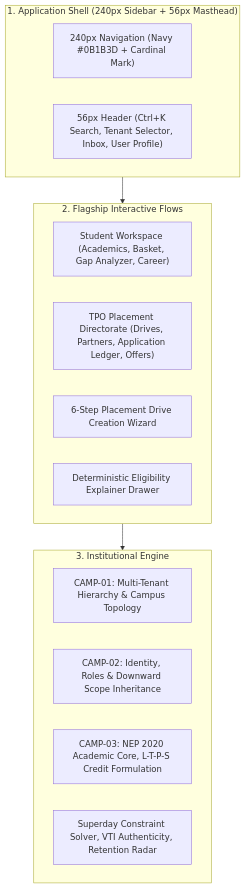
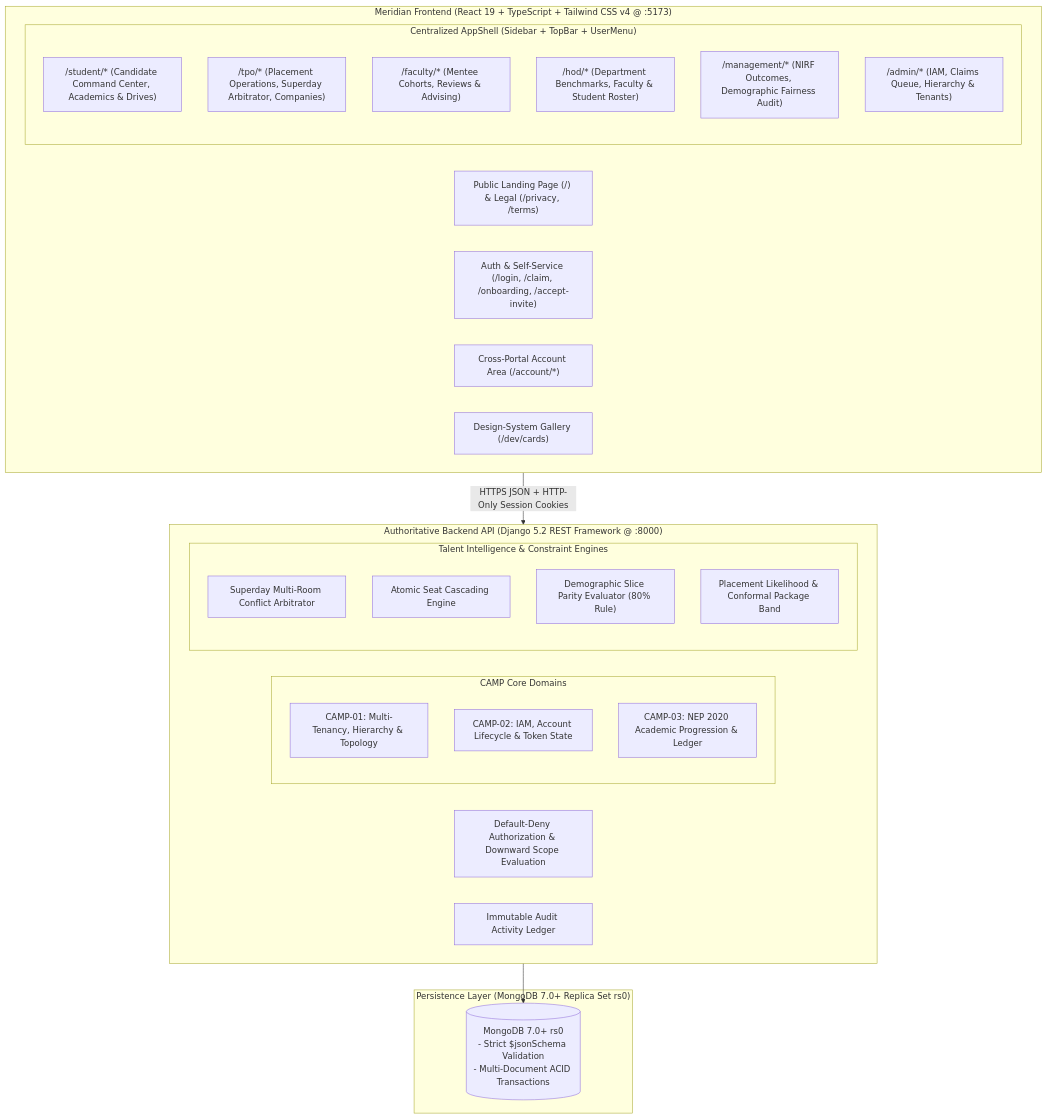
One commit to shivendra911/meridian changed the diagram in README.md. Above: the diagram before and after it, drawn with Mermaid. The commit also changed other lines of this file and 1 other file, not shown here.

Commit message:
docs: comprehensive update to READMEs with detailed endpoint reference, topology diagrams, role matrix, and demo credentials

````diff
--- a/README.md
+++ b/README.md
@@ -56,24 +25,44 @@
 ```mermaid
 flowchart TD
-    subgraph Shell["1. Application Shell (240px Sidebar + 56px Masthead)"]
-        Sidebar["240px Navigation (Navy #0B1B3D + Cardinal Mark)"]
-        Header["56px Header (Ctrl+K Search, Tenant Selector, Inbox, User Profile)"]
+    subgraph UI["Meridian Frontend (React 19 + TypeScript + Tailwind CSS v4 @ :5173)"]
+        Public["Public Landing Page (/) & Legal (/privacy, /terms)"]
+        AuthJourneys["Auth & Self-Service (/login, /claim, /onboarding, /accept-invite)"]
+        
+        subgraph AppShell["Centralized AppShell (Sidebar + TopBar + UserMenu)"]
+            Student["/student/* (Candidate Command Center, Academics & Drives)"]
+            TPO["/tpo/* (Placement Operations, Superday Arbitrator, Companies)"]
+            Faculty["/faculty/* (Mentee Cohorts, Reviews & Advising)"]
+            HOD["/hod/* (Department Benchmarks, Faculty & Student Roster)"]
+            Mgmt["/management/* (NIRF Outcomes, Demographic Fairness Audit)"]
+            Admin["/admin/* (IAM, Claims Queue, Hierarchy & Tenants)"]
+        end
+        
+        Account["Cross-Portal Account Area (/account/*)"]
+        DevCards["Design-System Gallery (/dev/cards)"]
     end
 
-    subgraph Flows["2. Flagship Interactive Flows"]
-        Student["Student Workspace (Academics, Basket, Gap Analyzer, Career)"]
-        TPO["TPO Placement Directorate (Drives, Partners, Application Ledger, Offers)"]
-        Wizard["6-Step Placement Drive Creation Wizard"]
-        Explainer["Deterministic Eligibility Explainer Drawer"]
+    subgraph API["Authoritative Backend API (Django 5.2 REST Framework @ :8000)"]
+        RBAC["Default-Deny Authorization & Downward Scope Evaluation"]
+        AuditLog["Immutable Audit Activity Ledger"]
+        
+        subgraph Domains["CAMP Core Domains"]
+            CAMP01["CAMP-01: Multi-Tenancy, Hierarchy & Topology"]
+            CAMP02["CAMP-02: IAM, Account Lifecycle & Token State"]
+            CAMP03["CAMP-03: NEP 2020 Academic Progression & Ledger"]
+        end
+        
+        subgraph Intelligence["Talent Intelligence & Constraint Engines"]
+            SuperdayEngine["Superday Multi-Room Conflict Arbitrator"]
+            CascadingEngine["Atomic Seat Cascading Engine"]
+            FairnessEngine["Demographic Slice Parity Evaluator (80% Rule)"]
+            MLPredictor["Placement Likelihood & Conformal Package Band"]
+        end
     end
 
-    subgraph Core["3. Institutional Engine"]
-        CAMP01["CAMP-01: Multi-Tenant Hierarchy & Campus Topology"]
-        CAMP02["CAMP-02: Identity, Roles & Downward Scope Inheritance"]
-        CAMP03["CAMP-03: NEP 2020 Academic Core, L-T-P-S Credit Formulation"]
-        Moats["Superday Constraint Solver, VTI Authenticity, Retention Radar"]
+    subgraph Persistence["Persistence Layer (MongoDB 7.0+ Replica Set rs0)"]
+        Mongo[("MongoDB 7.0+ rs0\n- Strict $jsonSchema Validation\n- Multi-Document ACID Transactions")]
     end
 
-    Shell --> Flows
-    Flows --> Core
+    UI -->|HTTPS JSON + HTTP-Only Session Cookies| API
+    API --> Mongo
 ```
````
